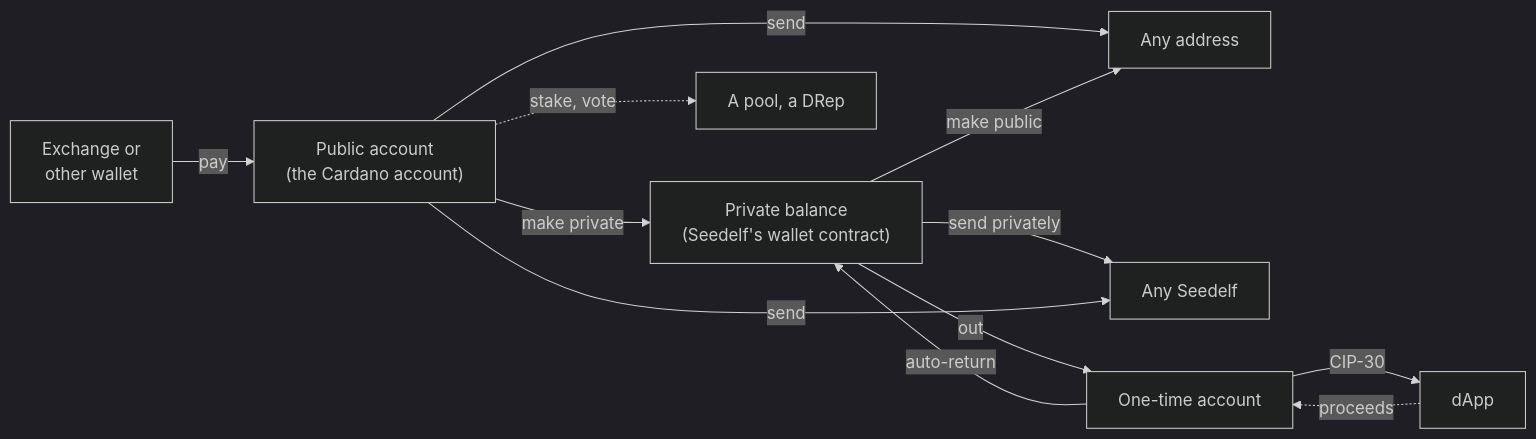
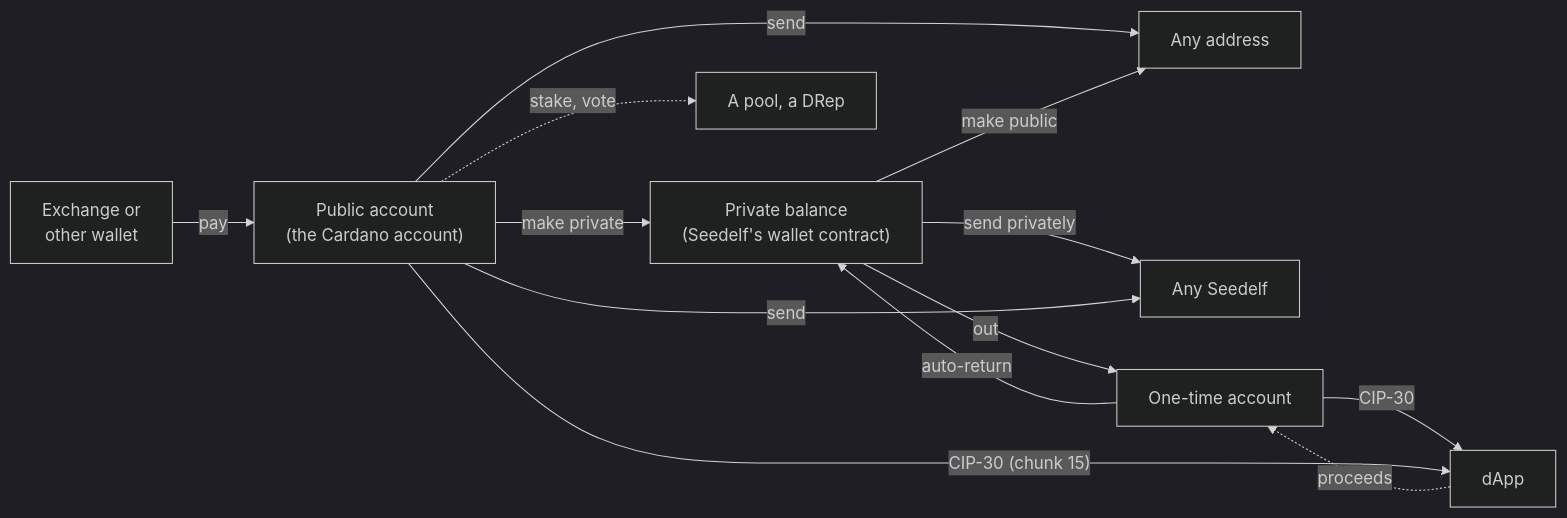
Before and after one commit to logical-mechanism/Seedelf-Wallet: the diagram in seedelf-platform/seedelf-web-wallet/docs/flows.md, drawn with Mermaid (dark theme). The commit also changed other lines of this file and 45 other files, not shown here.

First line of the commit message:
The public dApp connector: CIP-30 for the public account, off until the user turns it on in Settings, with a window to connect, sign transactions and sign messages (roadmap chunk 15)

````diff
--- a/seedelf-platform/seedelf-web-wallet/docs/flows.md
+++ b/seedelf-platform/seedelf-web-wallet/docs/flows.md
@@ -5,14 +5,15 @@
 ```mermaid
 flowchart LR
   Ext["Exchange or<br/>other wallet"] -- "pay" --> Dep["Public account<br/>(the Cardano account)"]
   Dep -- "make private" --> S["Private balance<br/>(Seedelf's wallet contract)"]
   Dep -- "send" --> Addr
   Dep -. "stake, vote" .-> Pool["A pool, a DRep"]
   S -- "send privately" --> Other["Any Seedelf"]
   Dep -- "send" --> Other
   S -- "make public" --> Addr["Any address"]
   S -- "out" --> OT["One-time account"]
   OT -- "CIP-30" --> D["dApp"]
+  Dep -- "CIP-30 (chunk 15)" --> D
   D -. "proceeds" .-> OT
   OT -- "auto-return" --> S
 ```
````
